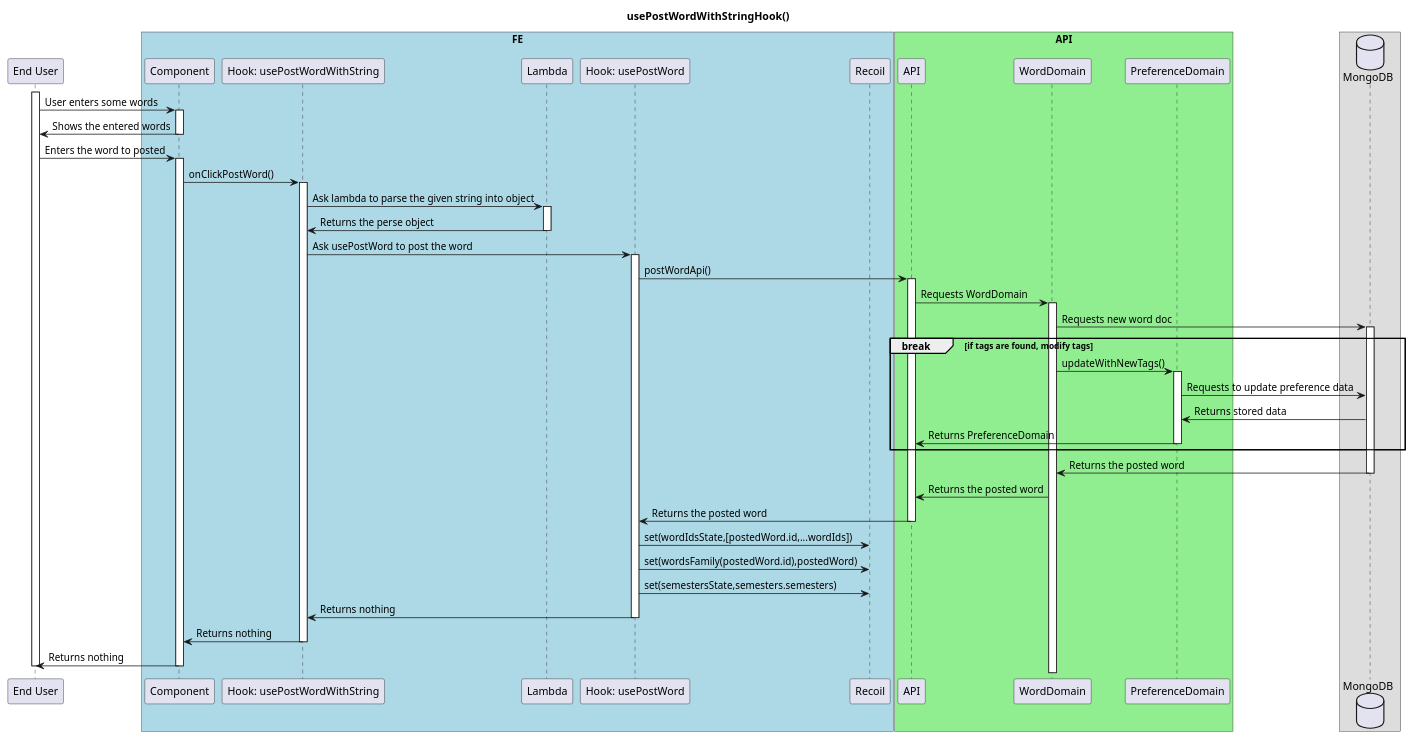
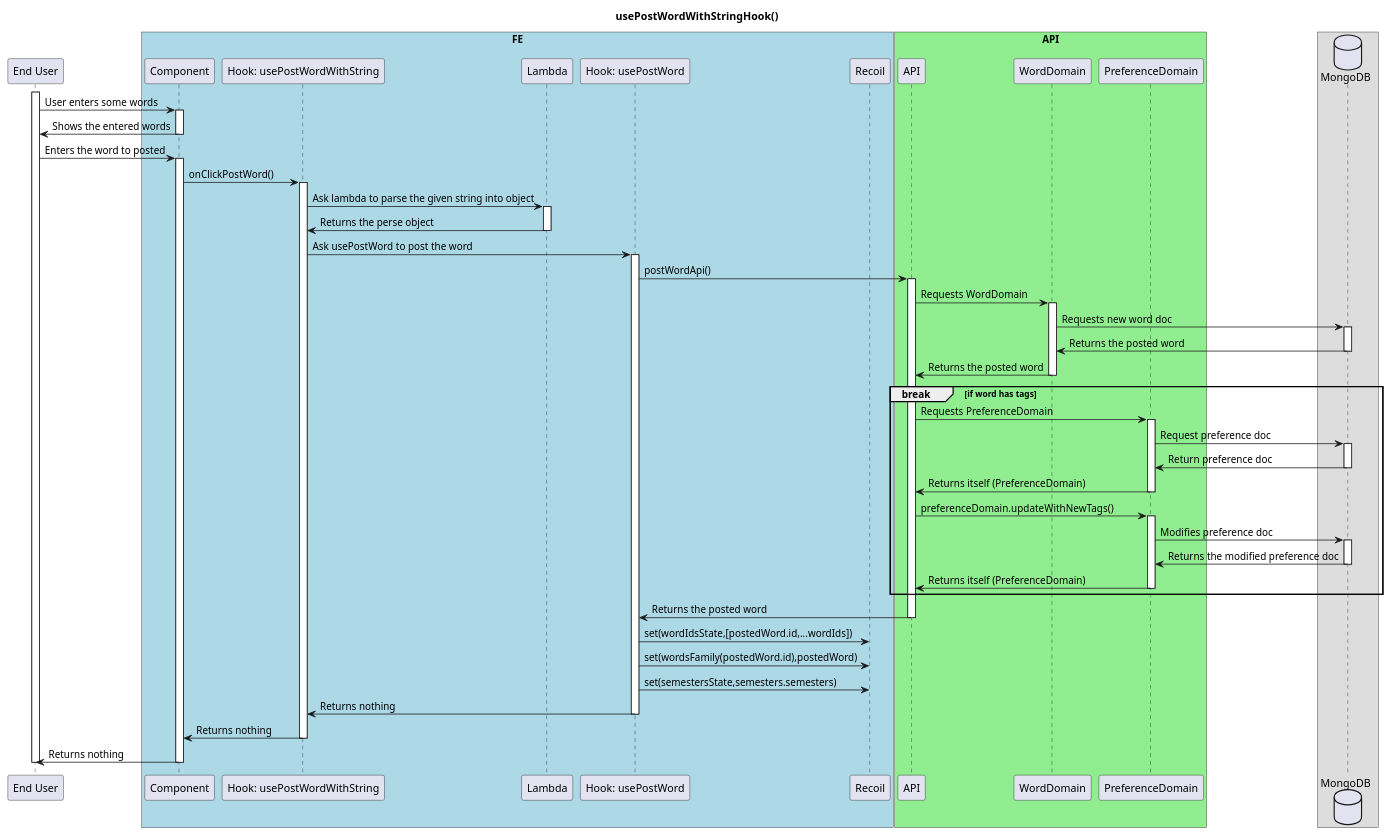
One commit to ajktown/docs changed the diagram in dev_wordnote/diagrams/on-post-word-with-string-hook.md. Above: the diagram before and after it, drawn with PlantUML.

````diff
--- a/dev_wordnote/diagrams/on-post-word-with-string-hook.md
+++ b/dev_wordnote/diagrams/on-post-word-with-string-hook.md
@@ -14,67 +14,78 @@
 ```plantuml
 
 @startuml
 
 title usePostWordWithStringHook()
 
 participant "End User" as user
 
 box "FE" #Lightblue
   participant "Component" as fe
   participant "Hook: usePostWordWithString" as hook
   participant "Lambda" as lambda
   participant "Hook: usePostWord" as hook2
   participant "Recoil" as recoil
 box
 box "API" #Lightgreen
   participant "API" as api
   participant "WordDomain" as domain
-  participant "PreferenceDomain" as pd
+  participant "PreferenceDomain" as domain2
 box
 database "MongoDB" as db
 
 activate user
   user -> fe: User enters some words
   activate fe
     user <- fe: Shows the entered words
   deactivate fe
   user -> fe: Enters the word to posted
   activate fe
     fe -> hook: onClickPostWord()
     activate hook
       hook -> lambda: Ask lambda to parse the given string into object
       activate lambda
         hook <- lambda: Returns the perse object
       deactivate lambda
       hook -> hook2: Ask usePostWord to post the word
       activate hook2
         hook2 -> api: postWordApi()
         activate api
-          api -> domain:Requests WordDomain
+          api -> domain: Requests WordDomain
           activate domain
             domain -> db: Requests new word doc
             activate db
-            break if tags are found, modify tags
-              domain -> pd: updateWithNewTags()
-              activate pd
-                pd -> db: Requests to update preference data
-                pd<- db:  Returns stored data
-                api <- pd: Returns PreferenceDomain
-              deactivate pd
-            end break
-            domain <- db: Returns the posted word
+              domain <- db: Returns the posted word
             deactivate db
             api <- domain: Returns the posted word
+          deactivate domain
+          break if word has tags
+            api -> domain2: Requests PreferenceDomain
+            activate domain2
+              domain2 -> db: Request preference doc
+              activate db
+                domain2 <- db: Return preference doc
+              deactivate db
+              api <- domain2: Returns itself (PreferenceDomain)
+            deactivate domain2
+            api -> domain2: preferenceDomain.updateWithNewTags()
+            activate domain2
+              domain2 -> db: Modifies preference doc
+              activate db
+                domain2 <- db: Returns the modified preference doc
+              deactivate db
+              api <- domain2: Returns itself (PreferenceDomain)
+            deactivate domain2
+          end break
           hook2 <- api: Returns the posted word
         deactivate api
         hook2 -> recoil: set(wordIdsState,[postedWord.id,...wordIds])
         hook2 -> recoil: set(wordsFamily(postedWord.id),postedWord)
         hook2 -> recoil: set(semestersState,semesters.semesters)
         hook <- hook2: Returns nothing
       deactivate hook2
       fe <- hook: Returns nothing
     deactivate hook
     user <- fe: Returns nothing
   deactivate fe
 deactivate user
 ```
````
